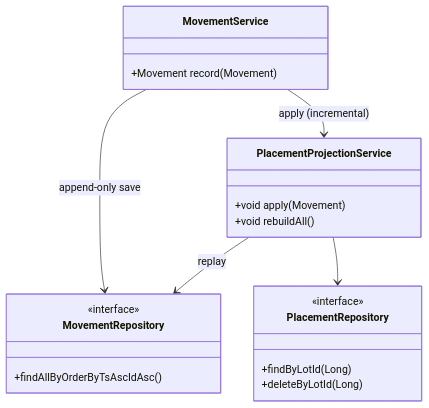
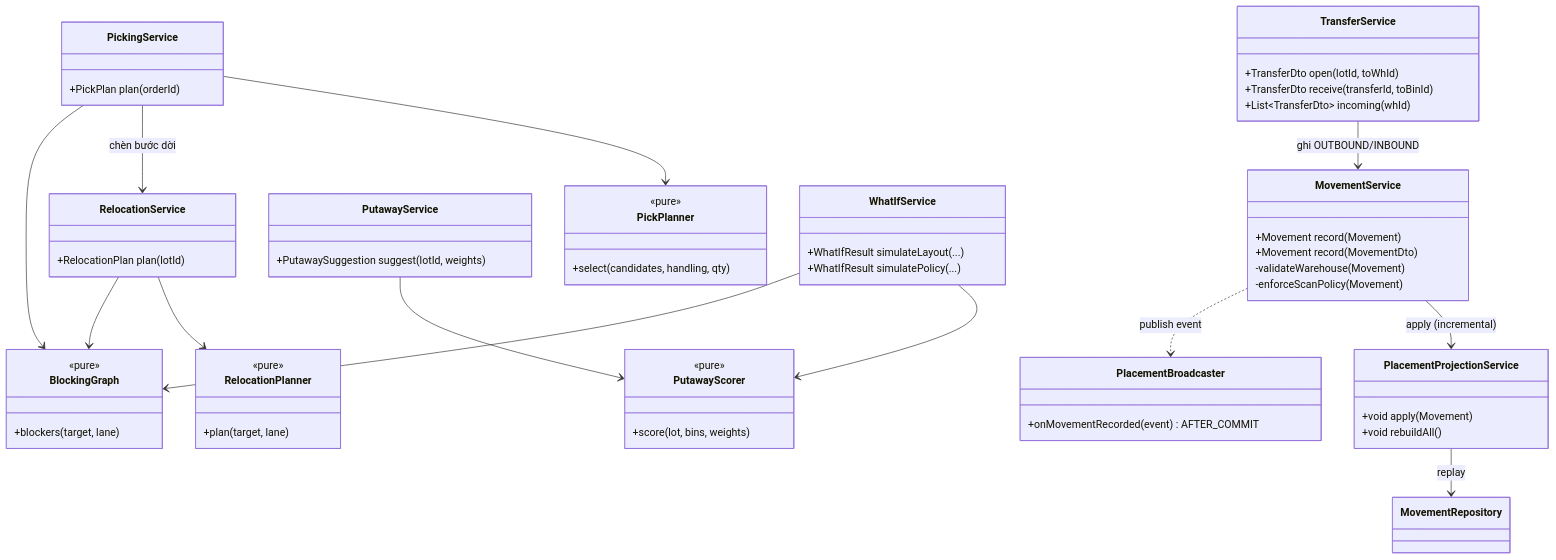
One commit to nguyenichnghia/stockpile-3d changed the third of 18 diagrams in docs/diagrams.md. Above: the diagram before and after it, drawn with Mermaid. The commit also changed other lines of this file and 1 other file, not shown here.

First line of the commit message:
docs: expand design diagrams to cover all business flows (#39)

````diff
--- a/docs/diagrams.md
+++ b/docs/diagrams.md
@@ -155,24 +248,63 @@
 ```mermaid
 classDiagram
     class MovementService {
         +Movement record(Movement)
+        +Movement record(MovementDto)
+        -validateWarehouse(Movement)
+        -enforceScanPolicy(Movement)
     }
     class PlacementProjectionService {
         +void apply(Movement)
         +void rebuildAll()
     }
-    class MovementRepository {
-        <<interface>>
-        +findAllByOrderByTsAscIdAsc()
+    class RelocationService {
+        +RelocationPlan plan(lotId)
     }
-    class PlacementRepository {
-        <<interface>>
-        +findByLotId(Long)
-        +deleteByLotId(Long)
+    class RelocationPlanner {
+        <<pure>>
+        +plan(target, lane)
+    }
+    class BlockingGraph {
+        <<pure>>
+        +blockers(target, lane)
+    }
+    class PutawayService {
+        +PutawaySuggestion suggest(lotId, weights)
+    }
+    class PutawayScorer {
+        <<pure>>
+        +score(lot, bins, weights)
+    }
+    class PickingService {
+        +PickPlan plan(orderId)
+    }
+    class PickPlanner {
+        <<pure>>
+        +select(candidates, handling, qty)
+    }
+    class TransferService {
+        +TransferDto open(lotId, toWhId)
+        +TransferDto receive(transferId, toBinId)
+        +List~TransferDto~ incoming(whId)
+    }
+    class WhatIfService {
+        +WhatIfResult simulateLayout(...)
+        +WhatIfResult simulatePolicy(...)
+    }
+    class PlacementBroadcaster {
+        +onMovementRecorded(event) AFTER_COMMIT
     }
 
-    MovementService --> MovementRepository : append-only save
     MovementService --> PlacementProjectionService : apply (incremental)
-    PlacementProjectionService --> PlacementRepository
+    MovementService ..> PlacementBroadcaster : publish event
     PlacementProjectionService --> MovementRepository : replay
+    RelocationService --> RelocationPlanner
+    RelocationService --> BlockingGraph
+    PickingService --> PickPlanner
+    PickingService --> RelocationService : chèn bước dời
+    PickingService --> BlockingGraph
+    PutawayService --> PutawayScorer
+    TransferService --> MovementService : ghi OUTBOUND/INBOUND
+    WhatIfService --> PutawayScorer
+    WhatIfService --> BlockingGraph
 ```
````
